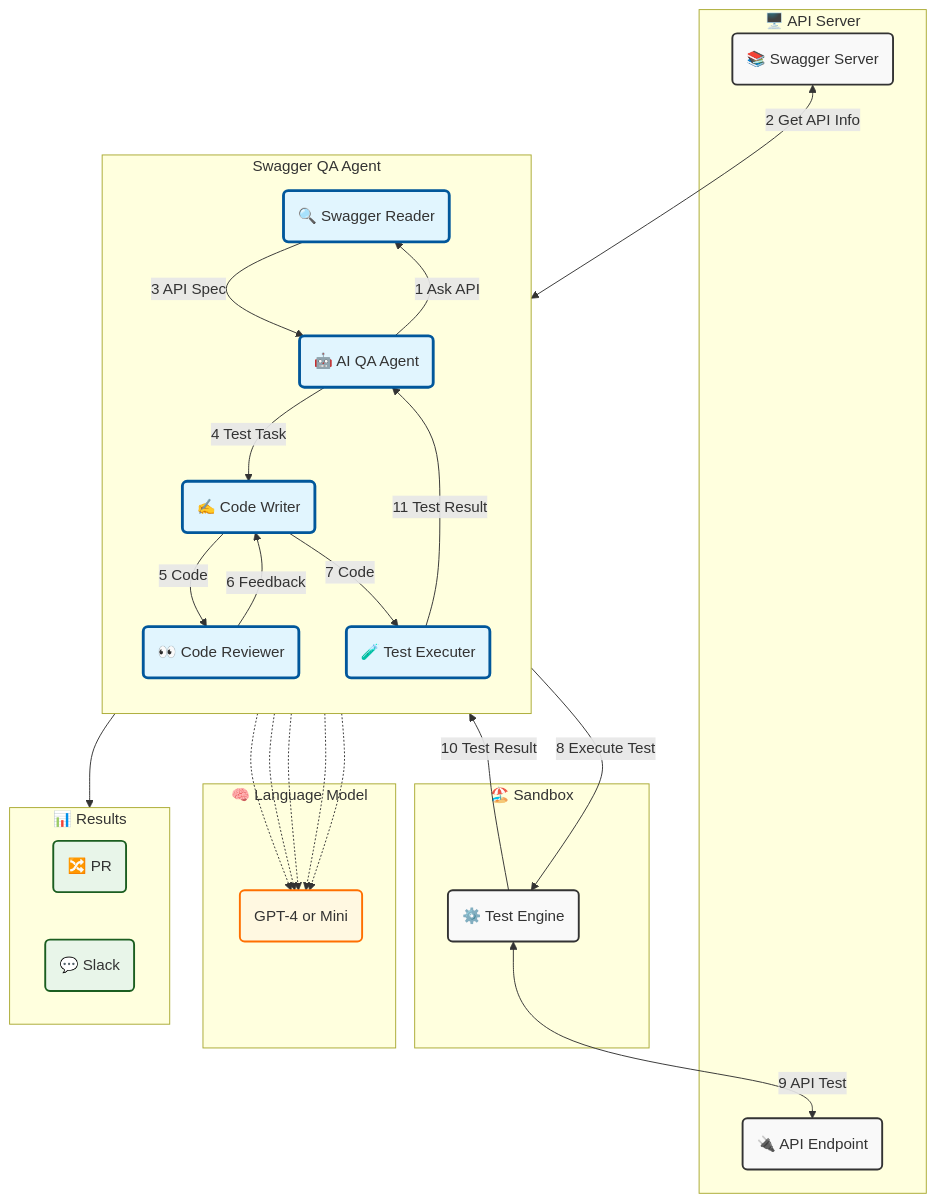
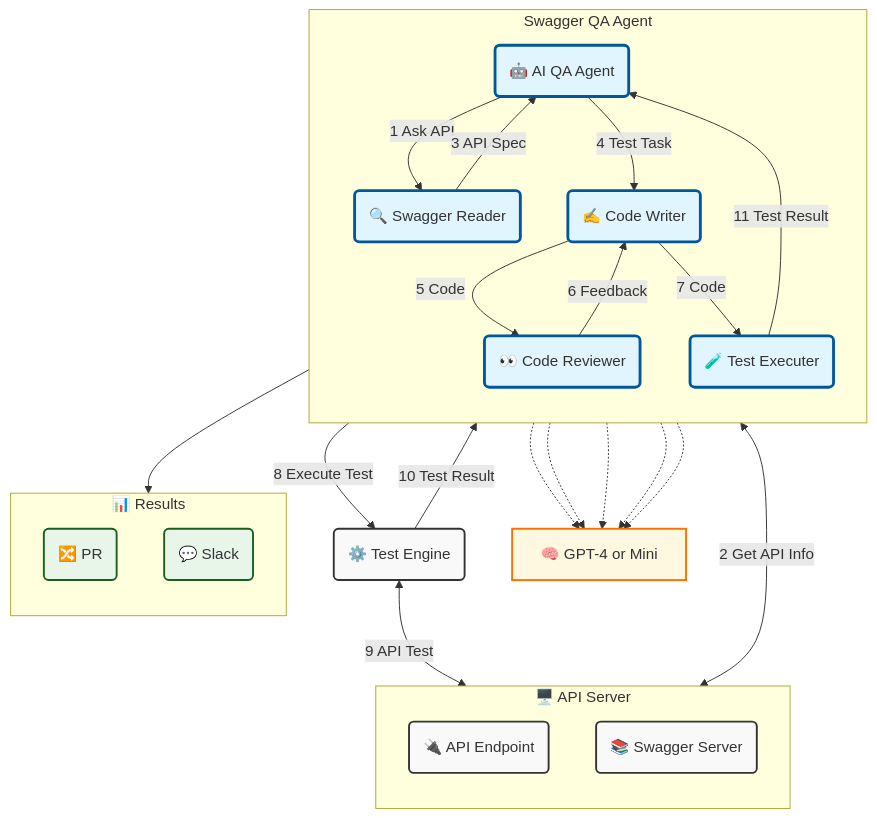
The first of 2 diagrams in autogen-qa-api-agent/README.md (ningxia202109/llm-learn), drawn with Mermaid before and after one commit. The commit also changed other lines of this file, not shown here.

Commit message:
add ai workflow in readme

````diff
--- a/autogen-qa-api-agent/README.md
+++ b/autogen-qa-api-agent/README.md
@@ -10,63 +9,61 @@
 ```mermaid
-flowchart TB
+flowchart
     %% Define styles
     classDef default fill:#f9f9f9,stroke:#333,stroke-width:2px;
     classDef highlight fill:#e1f5fe,stroke:#01579b,stroke-width:3px;
     classDef llm fill:#fff8e1,stroke:#ff6f00,stroke-width:2px;
     classDef output fill:#e8f5e9,stroke:#1b5e20,stroke-width:2px;
 
-    %% Main Swagger-QA-Agent subgraph
+    %% API-Server subgraph (left)
+    subgraph API-Server["🖥️ API Server"]
+        direction TB
+        APIServer("🔌 API Endpoint")
+        SwaggerServer("📚 Swagger Server")
+    end
+
+    %% Main Swagger-QA-Agent subgraph (middle)
     subgraph Swagger-QA-Agent["Swagger QA Agent"]
         direction TB
+        QAAgent("🤖 AI QA Agent")
         SwaggerReader("🔍 Swagger Reader")
-        QAAgent("🤖 AI QA Agent")
         CodeWriter("✍️ Code Writer")
         CoderReviewer("👀 Code Reviewer")
         TestExecuter("🧪 Test Executer")
 
         QAAgent -- "1 Ask API" --> SwaggerReader
         SwaggerReader -- "3 API Spec" --> QAAgent
         QAAgent -- "4 Test Task" --> CodeWriter
         CodeWriter -- "5 Code" --> CoderReviewer
         CoderReviewer -- "6 Feedback" --> CodeWriter
         CodeWriter -- "7 Code" --> TestExecuter
         TestExecuter -- "11 Test Result" --> QAAgent
     end
 
-    %% Other subgraphs
-    subgraph SandBox["🏖️ Sandbox"]
-        TestEngine("⚙️ Test Engine")
-    end
-
-    subgraph API-Server["🖥️ API Server"]
-        APIServer("🔌 API Endpoint")
-        SwaggerServer("📚 Swagger Server")
-    end
-
-    subgraph LLM["🧠 Language Model"]
-        gpt4omini("GPT-4 or Mini")
-    end
-
+    %% Output subgraph (right)
     subgraph output["📊 Results"]
+        direction TB
         pr("🔀 PR")
         slack("💬 Slack")
     end
 
+    %% Other elements
+    TestEngine("⚙️ Test Engine")
+    LLM["🧠 GPT-4 or Mini"]
+
     %% Cross-graph links
-    SwaggerServer <-- "2 Get API Info" -->  SwaggerReader
-    TestExecuter -- "8 Execute Test" --> TestEngine
-    TestEngine -- "10 Test Result" --> TestExecuter
-    TestEngine <-- "9 API Test" --> APIServer
-    QAAgent -.-> gpt4omini
-    CodeWriter -.-> gpt4omini
-    CoderReviewer -.-> gpt4omini
-    SwaggerReader -.-> gpt4omini
-    TestExecuter -.-> gpt4omini
+    SwaggerServer <--> |"2 Get API Info"| SwaggerReader
+    TestExecuter --> |"8 Execute Test"| TestEngine
+    TestEngine --> |"10 Test Result"| TestExecuter
+    TestEngine <--> |"9 API Test"| APIServer
+    QAAgent -.-> LLM
+    CodeWriter -.-> LLM
+    CoderReviewer -.-> LLM
+    SwaggerReader -.-> LLM
+    TestExecuter -.-> LLM
     QAAgent --> output
 
     %% Apply styles
     class SwaggerReader,QAAgent,CodeWriter,CoderReviewer,TestExecuter highlight;
-    class gpt4omini llm;
+    class LLM llm;
     class pr,slack output;
-
 ```
````
